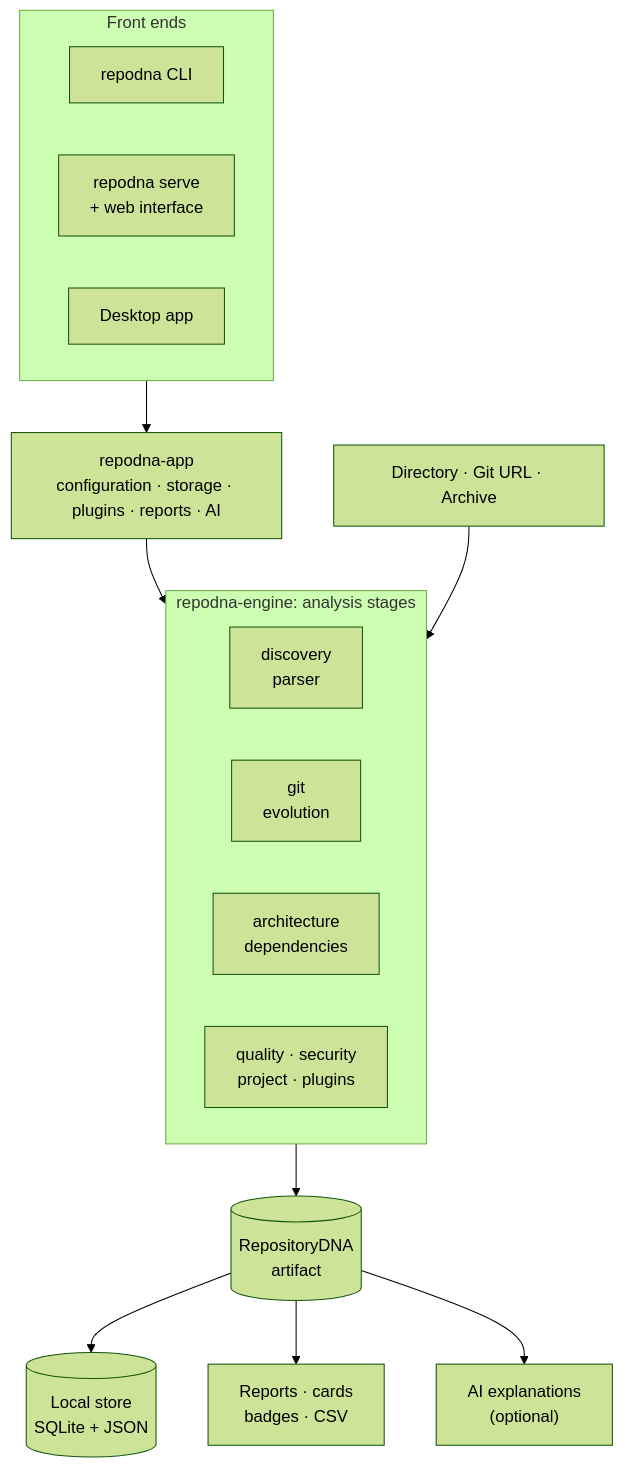
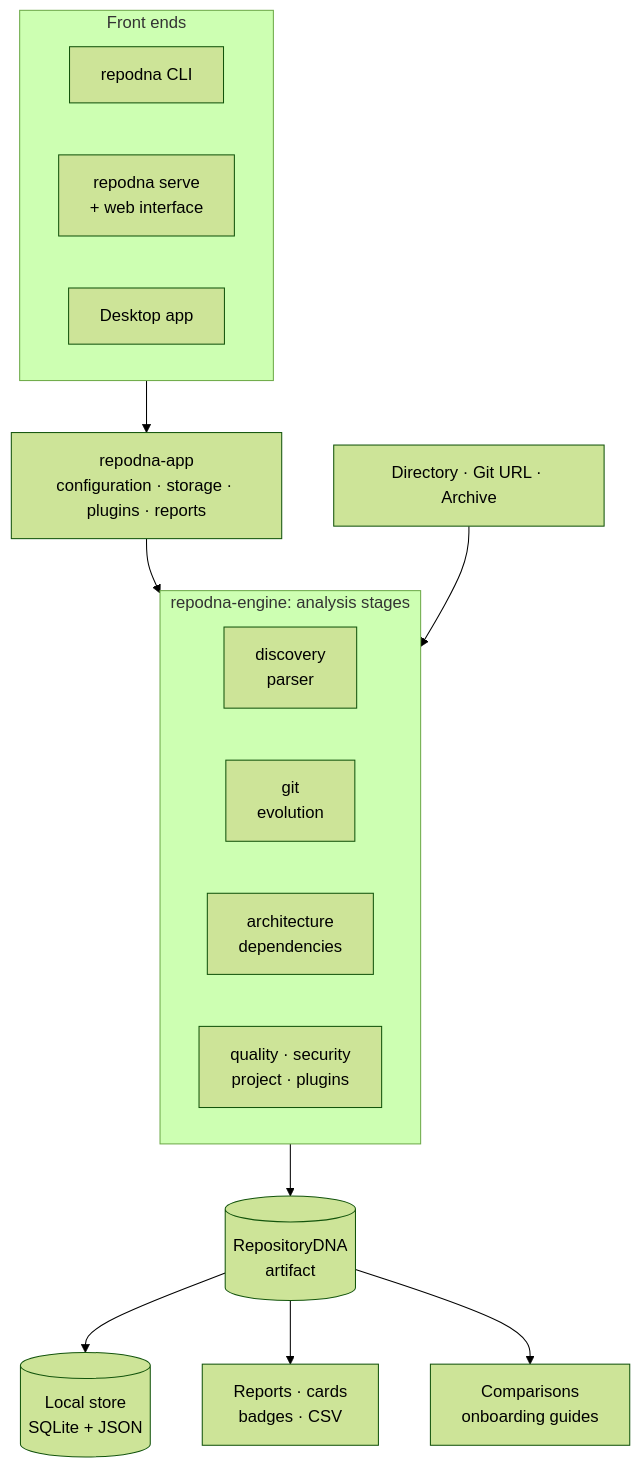
One commit to sanskarIN/RepoDNA changed the diagram in README.md. Above: the diagram before and after it, drawn with Mermaid (forest theme). The commit also changed other lines of this file and 22 other files, not shown here.

````diff
--- a/README.md
+++ b/README.md
@@ -161,29 +157,29 @@
 ```mermaid
 flowchart TB
     subgraph Frontends["Front ends"]
         direction LR
         cli["repodna CLI"]
         server["repodna serve<br/>+ web interface"]
         desktop["Desktop app"]
     end
-    app["repodna-app<br/>configuration · storage · plugins · reports · AI"]
+    app["repodna-app<br/>configuration · storage · plugins · reports"]
     inputs["Directory · Git URL · Archive"]
     subgraph Engine["repodna-engine: analysis stages"]
         direction LR
         discovery["discovery<br/>parser"]
         history["git<br/>evolution"]
         structure["architecture<br/>dependencies"]
         signals["quality · security<br/>project · plugins"]
     end
     artifact[("RepositoryDNA<br/>artifact")]
     store[("Local store<br/>SQLite + JSON")]
     reports["Reports · cards<br/>badges · CSV"]
-    ai["AI explanations<br/>(optional)"]
+    compare["Comparisons<br/>onboarding guides"]
     Frontends --> app
     app --> Engine
     inputs --> Engine
     Engine --> artifact
     artifact --> store
     artifact --> reports
-    artifact --> ai
+    artifact --> compare
 ```
````
